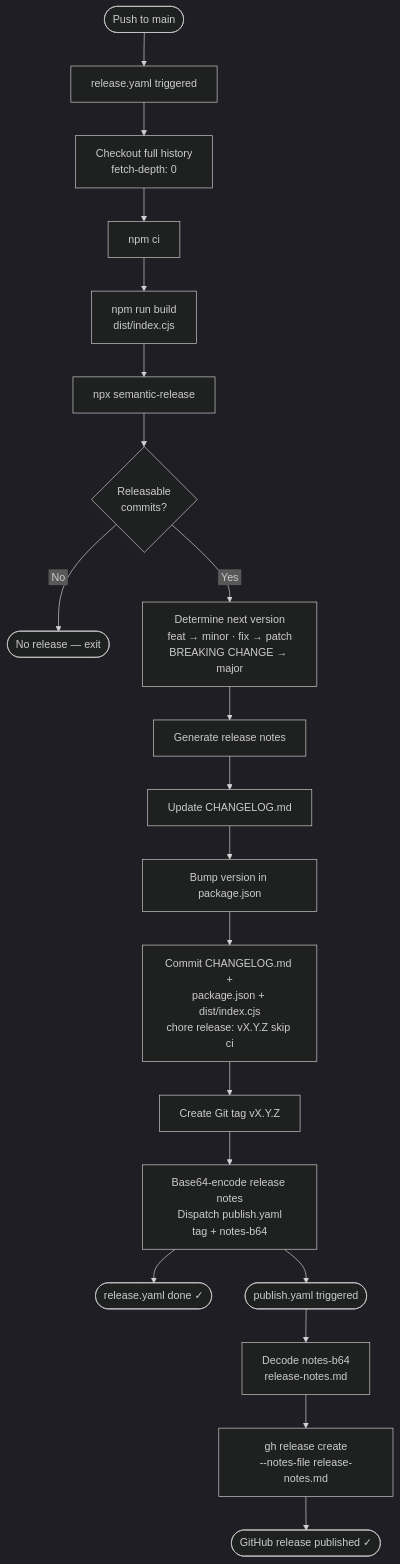
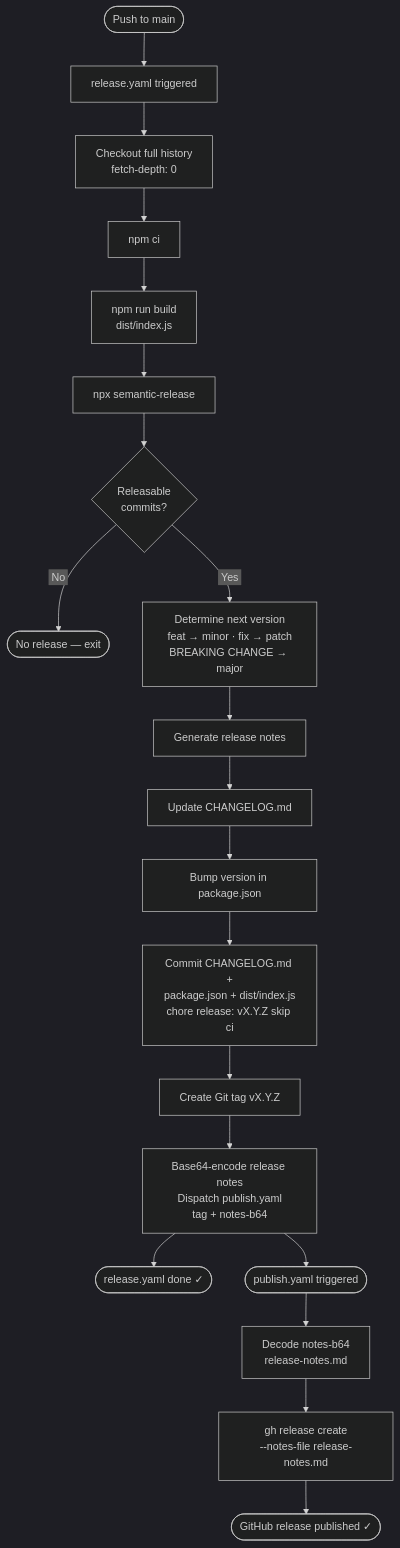
The diagram in CONTRIBUTING.md (stairwaytowonderland/repository-create), drawn with Mermaid (dark theme) before and after one commit. The commit also changed 4 other files, not shown here.

````diff
--- a/CONTRIBUTING.md
+++ b/CONTRIBUTING.md
@@ -192,25 +192,25 @@
 ```mermaid
 flowchart TD
     A([Push to main]) --> B[release.yaml triggered]
     B --> C[Checkout full history<br>fetch-depth: 0]
     C --> D[npm ci]
-    D --> E[npm run build<br>dist/index.cjs]
+    D --> E[npm run build<br>dist/index.js]
     E --> F[npx semantic-release]
 
     F --> G{Releasable<br>commits?}
     G -- "&nbsp;No&nbsp;" --> H([No release — exit])
 
     G -- "&nbsp;Yes&nbsp;" --> I[Determine next version<br>feat → minor · fix → patch<br>BREAKING CHANGE → major]
     I --> J[Generate release notes]
     J --> K[Update CHANGELOG.md]
     K --> L[Bump version in package.json]
-    L --> M[Commit CHANGELOG.md +<br>package.json + dist/index.cjs<br>chore release: vX.Y.Z skip ci]
+    L --> M[Commit CHANGELOG.md +<br>package.json + dist/index.js<br>chore release: vX.Y.Z skip ci]
     M --> N[Create Git tag vX.Y.Z]
     N --> O[Base64-encode release notes<br>Dispatch publish.yaml<br>tag + notes-b64]
     O --> P([release.yaml done ✓])
 
     O --> Q([publish.yaml triggered])
     Q --> R[Decode notes-b64<br>release-notes.md]
     R --> S[gh release create<br>--notes-file release-notes.md]
     S --> T([GitHub release published ✓])
 ```
````
